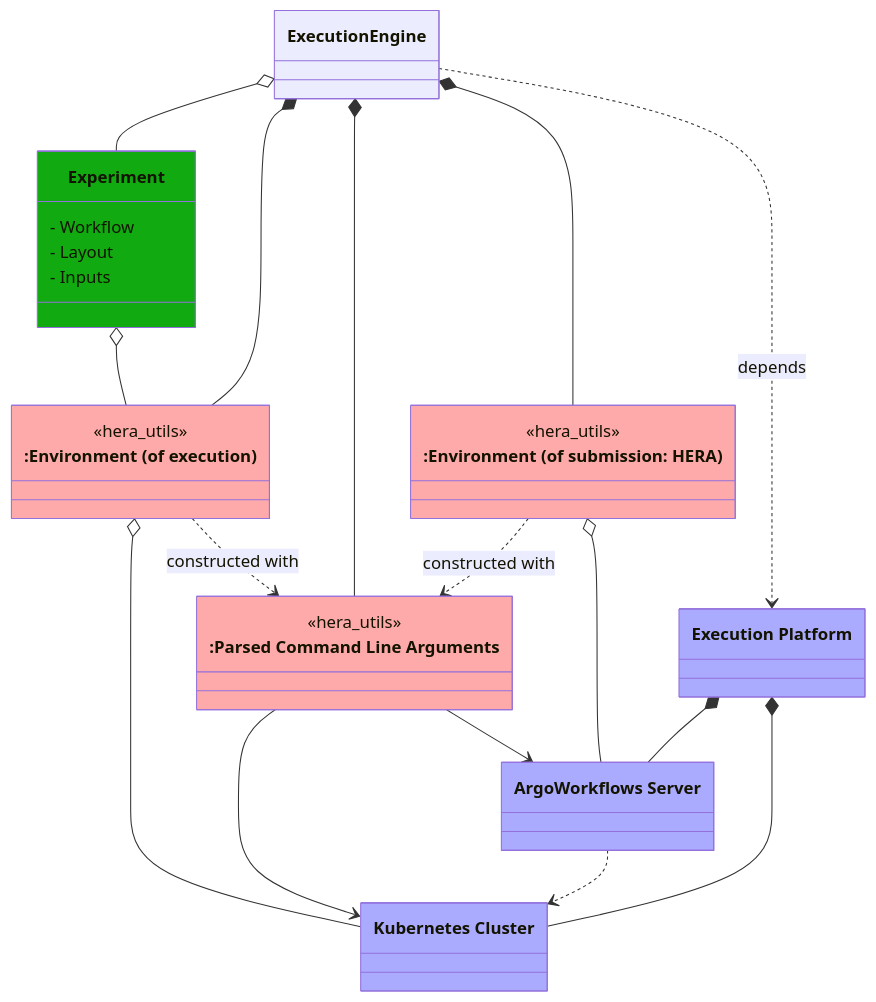
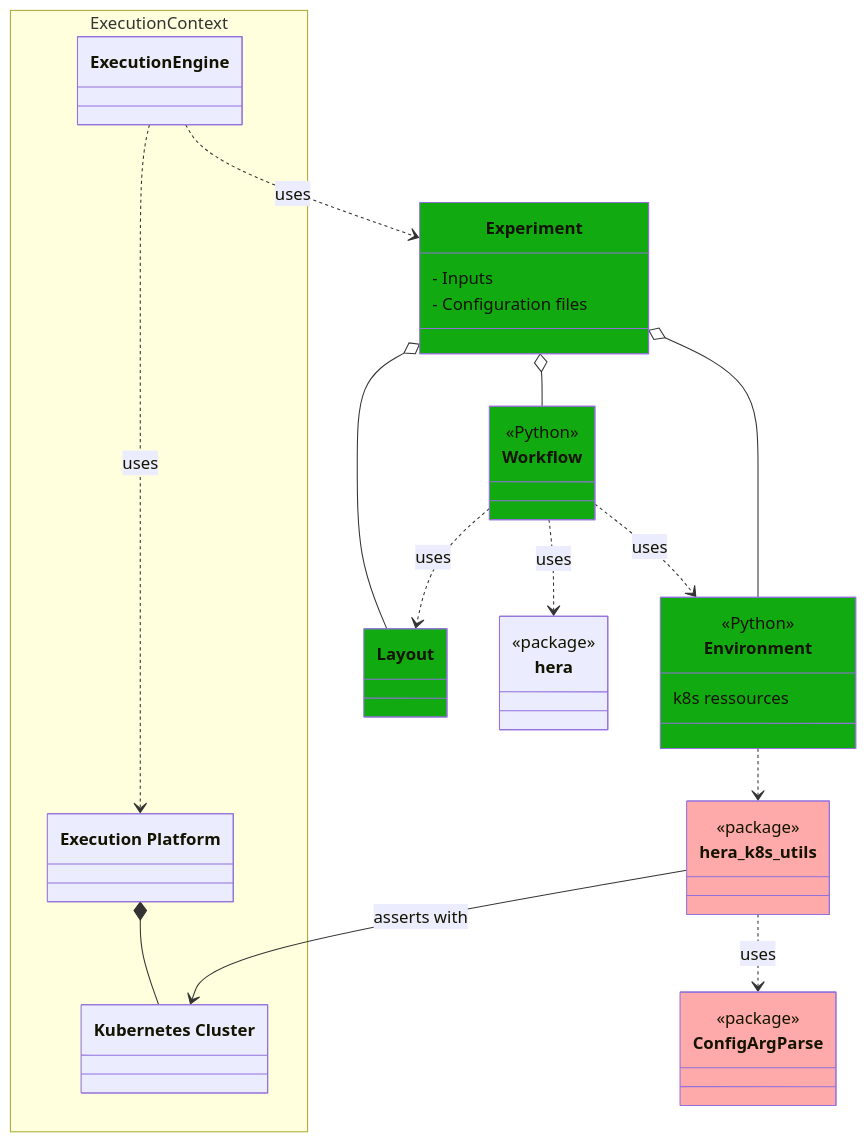
One commit to VCityTeam/hera_k8s_utils changed the second of 3 diagrams in README.md. Above: the diagram before and after it, drawn with Mermaid. The commit also changed other lines of this file and 6 other files, not shown here.

````diff
--- a/README.md
+++ b/README.md
@@ -69,51 +88,64 @@
 ```mermaid
 classDiagram
 
+%% Entities/Nodes
+
 class Experiment {
-        - Workflow
-        - Layout
         - Inputs
+        - Configuration files
 }
 style Experiment fill:#1a1
-class EnvironmentExecution[":Environment (of execution)"]
-<<hera_utils>> EnvironmentExecution
-style EnvironmentExecution fill:#faa
 
-class ExecutionPlatform["Execution Platform"]
-style ExecutionPlatform fill:#aaf
-class WorkflowEngine["ArgoWorkflows Server"]
-style WorkflowEngine fill:#aaf
-class Cluster["Kubernetes Cluster"]
-style Cluster fill:#aaf
+class Workflow {
+    <<Python>>
+}
+style Workflow fill:#1a1
 
-class CLIContext[":Parsed Command Line Arguments"]
-<<hera_utils>> CLIContext
+class Environment {
+<<Python>>
+k8s ressources
+}
+style Environment fill:#1a1
+
+class Layout
+style Layout fill:#1a1
+
+class hera {
+  <<package>>
+}
+
+class hera_k8s_utils {
+  <<package>>
+}
+style hera_k8s_utils fill:#faa
+
+class CLIContext["ConfigArgParse"]
+<<package>> CLIContext
 style CLIContext fill:#faa
-class ExecutionEngine
 
-class EnvironmentSubmission[":Environment (of submission: HERA)"]
-<<hera_utils>> EnvironmentSubmission
-style EnvironmentSubmission fill:#faa
+namespace ExecutionContext {
+    class ExecutionEngine
+    class ExecutionPlatform["Execution Platform"]
+    class Cluster["Kubernetes Cluster"]
+}
 
-ExecutionEngine *-- EnvironmentSubmission
-ExecutionEngine ..> ExecutionPlatform: depends
+%% Relationships
 
-ExecutionEngine o-- Experiment
-Experiment o-- EnvironmentExecution
-ExecutionEngine *-- EnvironmentExecution
+Workflow ..> Layout: uses
+Experiment o-- Layout
+Experiment o-- Workflow
+Experiment o-- Environment
 
+Workflow ..> Environment: uses
+Workflow ..> hera:uses
 
-EnvironmentExecution ..> CLIContext: constructed with
-ExecutionEngine *-- CLIContext
-EnvironmentSubmission ..> CLIContext: constructed with
+ExecutionEngine ..> ExecutionPlatform: uses
+ExecutionEngine ..> Experiment: uses
 
-CLIContext --> WorkflowEngine
-EnvironmentSubmission o-- WorkflowEngine
+Environment ..> hera_k8s_utils
 
-EnvironmentExecution o-- Cluster
-CLIContext --> Cluster
-WorkflowEngine ..> Cluster
+hera_k8s_utils ..> CLIContext: uses
+hera_k8s_utils --> Cluster : asserts with
+
 ExecutionPlatform *-- Cluster
-
-ExecutionPlatform *-- WorkflowEngine
 ```
````
